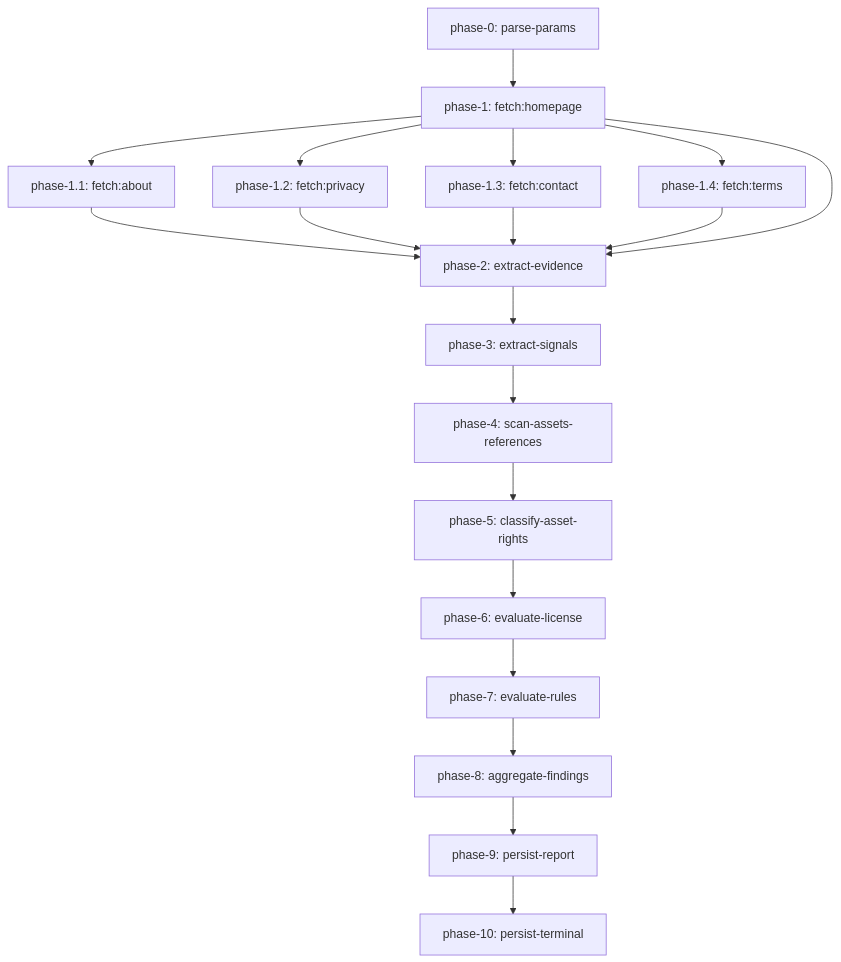
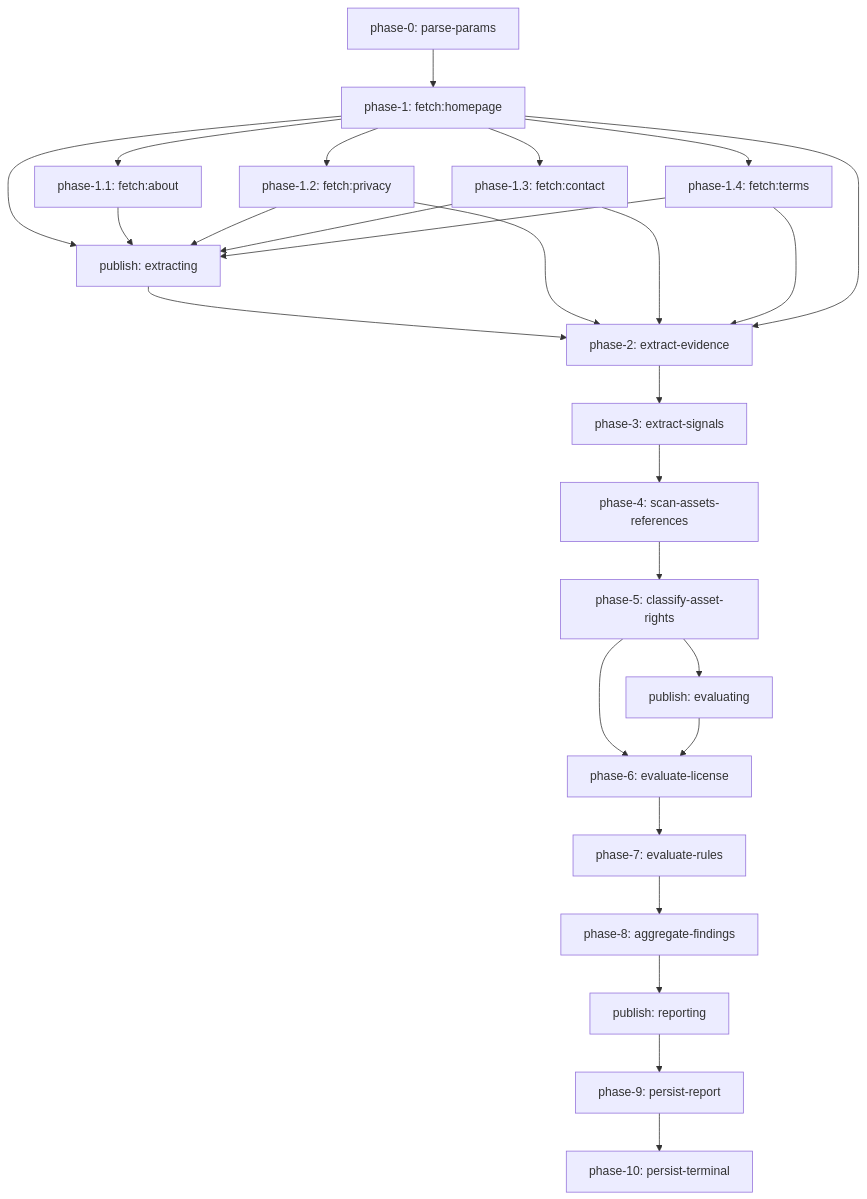
The diagram in docs/workflow-steps.vi.md (meesudzu/safelaunch), drawn with Mermaid before and after one commit. The commit also changed other lines of this file and 9 other files, not shown here.

````diff
--- a/docs/workflow-steps.vi.md
+++ b/docs/workflow-steps.vi.md
@@ -26,21 +26,29 @@
 ```mermaid
 flowchart TD
   P[phase-0: parse-params] --> H[phase-1: fetch:homepage]
   H --> A[phase-1.1: fetch:about]
   H --> PR[phase-1.2: fetch:privacy]
   H --> C[phase-1.3: fetch:contact]
   H --> T[phase-1.4: fetch:terms]
-  A --> E2[phase-2: extract-evidence]
+  H --> PUBX[publish: extracting]
+  A --> PUBX
+  PR --> PUBX
+  C --> PUBX
+  T --> PUBX
+  PUBX --> E2[phase-2: extract-evidence]
   PR --> E2
   C --> E2
   T --> E2
   H --> E2
   E2 --> E3[phase-3: extract-signals]
   E3 --> E4[phase-4: scan-assets-references]
   E4 --> E5[phase-5: classify-asset-rights]
   E5 --> E6[phase-6: evaluate-license]
   E6 --> E7[phase-7: evaluate-rules]
   E7 --> E8[phase-8: aggregate-findings]
-  E8 --> E9[phase-9: persist-report]
+  E8 --> PUBD[publish: reporting]
+  PUBD --> E9[phase-9: persist-report]
+  E5 --> PUBY[publish: evaluating]
+  PUBY --> E6[phase-6: evaluate-license]
   E9 --> E10[phase-10: persist-terminal]
 ```
````
